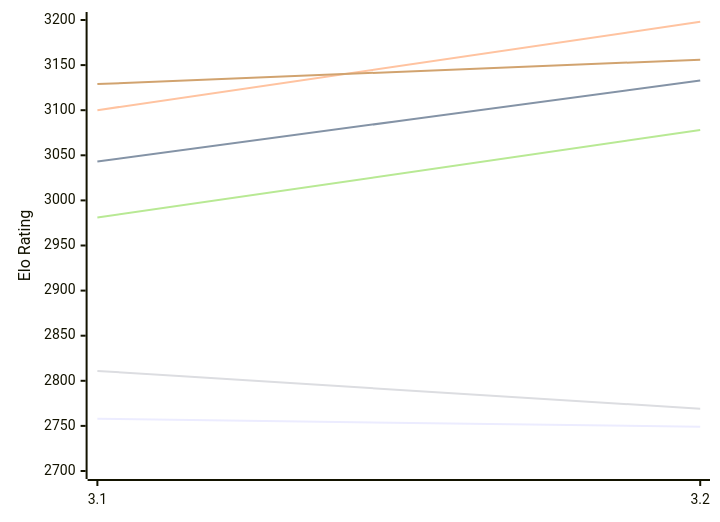
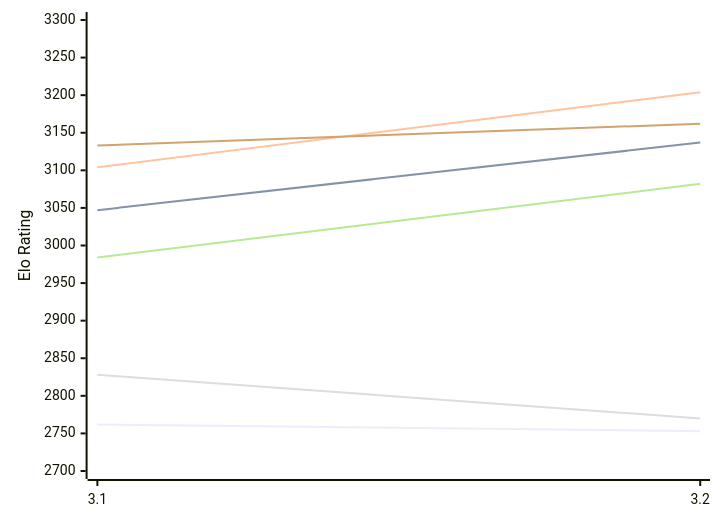
Before and after one commit to computer-chess-index/cci: the first of 2 diagrams in engines/Vajolet2.md, drawn with Mermaid. The commit also changed other lines of this file, not shown here.

Commit message:
Update CCI Ratings (ELO VLTC) - 2026-11-20

````diff
--- a/engines/Vajolet2.md
+++ b/engines/Vajolet2.md
@@ -51,12 +51,12 @@
 ```mermaid
 %%{init: {"theme":"base","themeVariables":{"seriesColors:['#a3a3a3','#222221','#faa371']}}}%%
 xychart-beta
   x-axis ["3.1", "3.2"]
-  y-axis "Elo Rating" 2700 --> 3200
-  line "E1: STC (8.0+0.08s)" [2758, 2749]
-  line "E1: LTC (60.0+0.60s)" [3043, 3133]
-  line "E1: VLTC (2m24s+1.12s)" [3100, 3198]
-  line "P1: STC (8.0+0.08s)" [2811, 2769]
-  line "P1: LTC (60.0+0.60s)" [2981, 3078]
-  line "P1: VLTC (2m24s+1.12s)" [3129, 3156]
+  y-axis "Elo Rating" 2700 --> 3300
+  line "E1: STC (8.0+0.08s)" [2762, 2753]
+  line "E1: LTC (60.0+0.60s)" [3047, 3137]
+  line "E1: VLTC (2m24s+1.12s)" [3104, 3204]
+  line "P1: STC (8.0+0.08s)" [2828, 2770]
+  line "P1: LTC (60.0+0.60s)" [2984, 3082]
+  line "P1: VLTC (2m24s+1.12s)" [3133, 3162]
 ```
````
